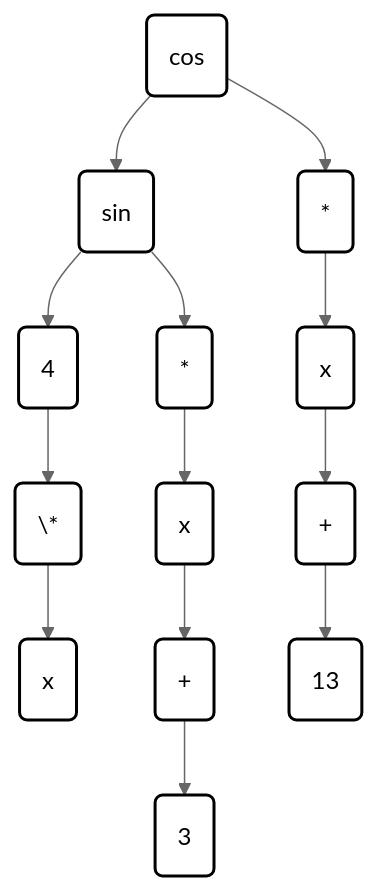
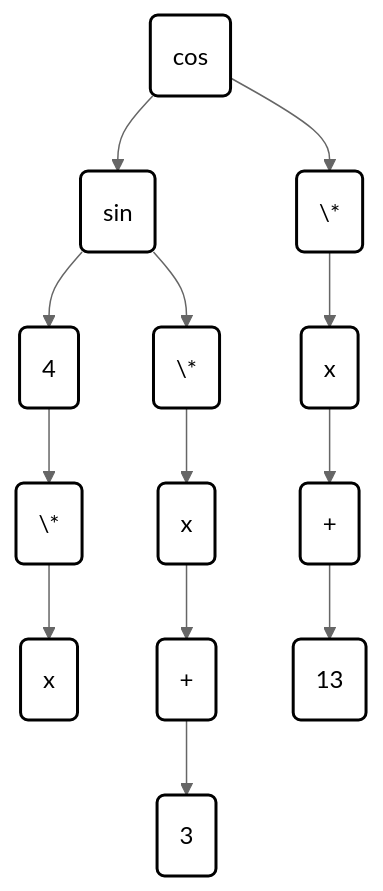
One commit to neavailable/Derivative_calculator changed the second of 2 diagrams in README.md. Above: the diagram before and after it, drawn with Mermaid (neutral theme).

````diff
--- a/README.md
+++ b/README.md
@@ -56,43 +56,43 @@
 ```mermaid
 graph TD
     COS(cos)
     SIN(sin)
     FOUR(4)
     MULTIPLY_SIN(\*)
     X_SIN(x)
     X_COS(x)
-    MULTIPLY_COS(*)
+    MULTIPLY_COS(\*)
     PLUS_COS(+)
     THREE(3)
-    MULTIPLY(*)
+    MULTIPLY(\*)
     X(x)
     PLUS(+)
     THIRTEEN(13)
 
     COS          --> SIN
     COS          --> MULTIPLY
     SIN          --> FOUR
     SIN          --> MULTIPLY_COS
     FOUR         --> MULTIPLY_SIN
     MULTIPLY_SIN --> X_SIN
     MULTIPLY_COS --> X_COS
     X_COS        --> PLUS_COS
     PLUS_COS     --> THREE
     MULTIPLY     --> X
     X            --> PLUS
     PLUS         --> THIRTEEN
 
     style COS          fill:#ffffff,stroke:#000000,stroke-width:2px
     style SIN          fill:#ffffff,stroke:#000000,stroke-width:2px
     style FOUR         fill:#ffffff,stroke:#000000,stroke-width:2px
     style MULTIPLY_SIN fill:#ffffff,stroke:#000000,stroke-width:2px
     style X_SIN        fill:#ffffff,stroke:#000000,stroke-width:2px
     style MULTIPLY_COS fill:#ffffff,stroke:#000000,stroke-width:2px
     style PLUS_COS     fill:#ffffff,stroke:#000000,stroke-width:2px
     style THREE        fill:#ffffff,stroke:#000000,stroke-width:2px
     style MULTIPLY     fill:#ffffff,stroke:#000000,stroke-width:2px
     style X            fill:#ffffff,stroke:#000000,stroke-width:2px
     style PLUS         fill:#ffffff,stroke:#000000,stroke-width:2px
     style THIRTEEN     fill:#ffffff,stroke:#000000,stroke-width:2px
     style X_COS        fill:#ffffff,stroke:#000000,stroke-width:2px
 ```
````
